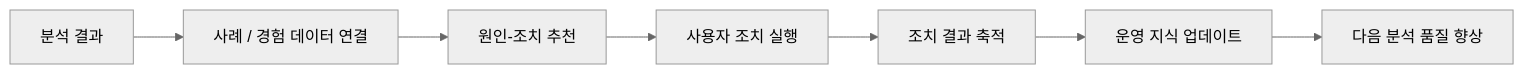
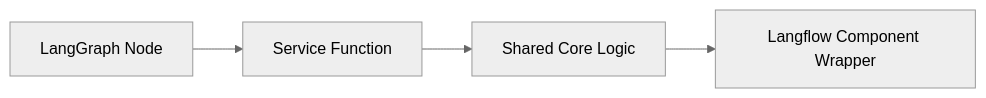
One commit to bongG-moon/agent_test_v2 changed the fifth of 5 diagrams in reference_materials/docs/MANUFACTURING_AGENT_DIAGRAMS.md. Above: the diagram before and after it, drawn with Mermaid (neutral theme). The commit also changed other lines of this file and 15 other files, not shown here.

````diff
--- a/reference_materials/docs/MANUFACTURING_AGENT_DIAGRAMS.md
+++ b/reference_materials/docs/MANUFACTURING_AGENT_DIAGRAMS.md
@@ -291,9 +105,6 @@
 ```mermaid
 flowchart LR
-    A["분석 결과"] --> B["사례 / 경험 데이터 연결"]
-    B --> C["원인-조치 추천"]
-    C --> D["사용자 조치 실행"]
-    D --> E["조치 결과 축적"]
-    E --> F["운영 지식 업데이트"]
-    F --> G["다음 분석 품질 향상"]
+    A["LangGraph Node"] --> B["Service Function"]
+    B --> C["Shared Core Logic"]
+    C --> D["Langflow Component Wrapper"]
 ```
````
